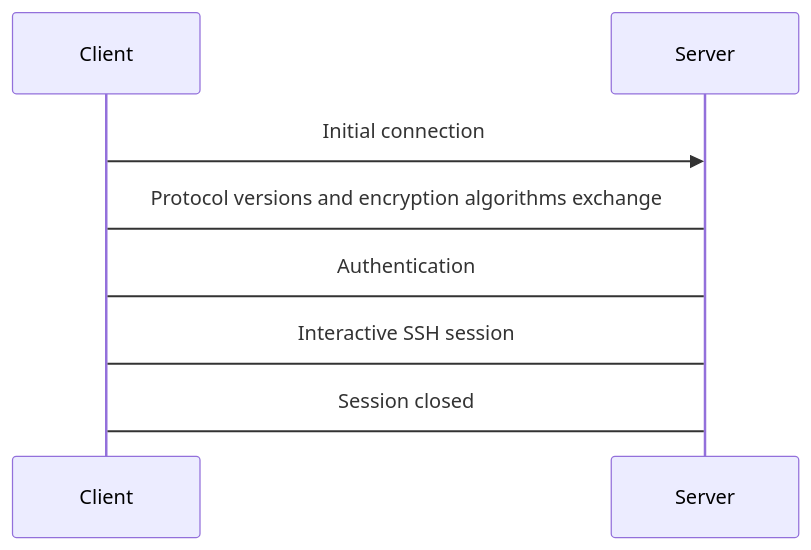
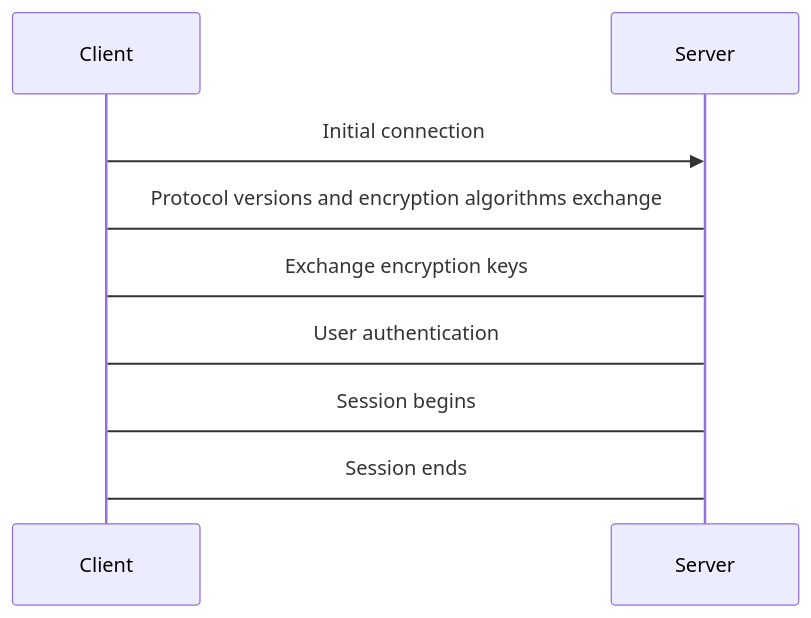
One commit to caarlos0/gophercon-2025 changed the diagram in slides.md. Above: the diagram before and after it, drawn with Mermaid. The commit also changed other lines of this file and 5 other files, not shown here.

````diff
--- a/slides.md
+++ b/slides.md
@@ -294,8 +278,9 @@
 ```mermaid
 sequenceDiagram
     Client->>Server: Initial connection
     Server->Client: Protocol versions and encryption algorithms exchange
-    Server->Client: Authentication
-    Server->Client: Interactive SSH session
-    Server->Client: Session closed
+    Server->Client: Exchange encryption keys
+    Server->Client: User authentication
+    Server->Client: Session begins
+    Server->Client: Session ends
 ```
````
